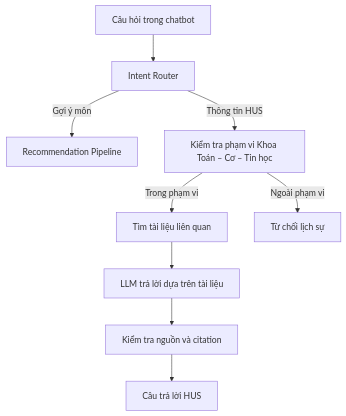
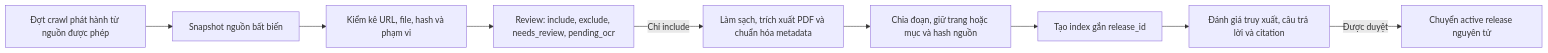
Before and after one commit to 5-Bit-System/SE_Project: the fifth of 6 diagrams in docs/SYSTEM_SPECIFICATION.md, drawn with Mermaid. The commit also changed other lines of this file and 8 other files, not shown here.

````diff
--- a/docs/SYSTEM_SPECIFICATION.md
+++ b/docs/SYSTEM_SPECIFICATION.md
@@ -375,11 +377,11 @@
 ```mermaid
-flowchart TD
-    Q[Câu hỏi trong chatbot] --> I[Intent Router]
-    I -->|Gợi ý môn| R[Recommendation Pipeline]
-    I -->|Thông tin HUS| S[Kiểm tra phạm vi Khoa Toán – Cơ – Tin học]
-    S -->|Trong phạm vi| RET[Tìm tài liệu liên quan]
-    S -->|Ngoài phạm vi| REFUSE[Từ chối lịch sự]
-    RET --> GEN[LLM trả lời dựa trên tài liệu]
-    GEN --> CITE[Kiểm tra nguồn và citation]
-    CITE --> ANSWER[Câu trả lời HUS]
+flowchart LR
+    A[Đợt crawl phát hành từ nguồn được phép] --> B[Snapshot nguồn bất biến]
+    B --> C[Kiểm kê URL, file, hash và phạm vi]
+    C --> D[Review: include, exclude, needs_review, pending_ocr]
+    D -->|Chỉ include| E[Làm sạch, trích xuất PDF và chuẩn hóa metadata]
+    E --> F[Chia đoạn, giữ trang hoặc mục và hash nguồn]
+    F --> G[Tạo index gắn release_id]
+    G --> H[Đánh giá truy xuất, câu trả lời và citation]
+    H -->|Được duyệt| I[Chuyển active release nguyên tử]
 ```
````
